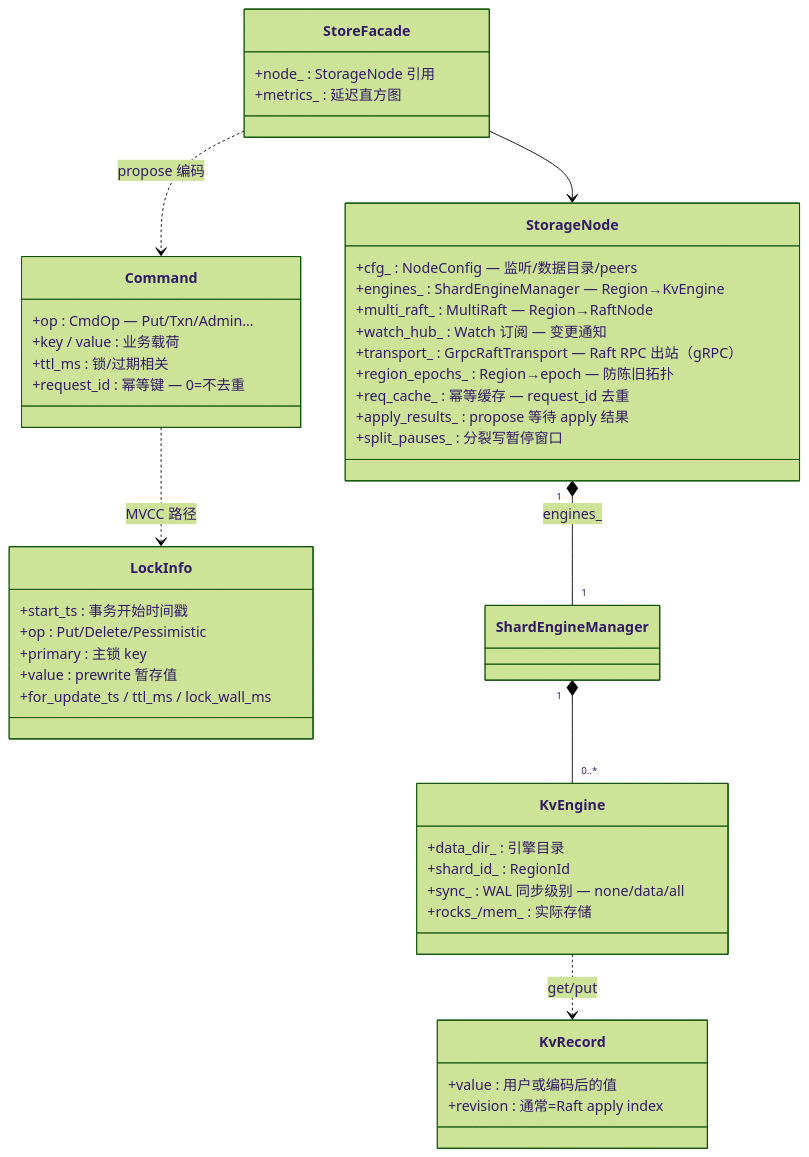
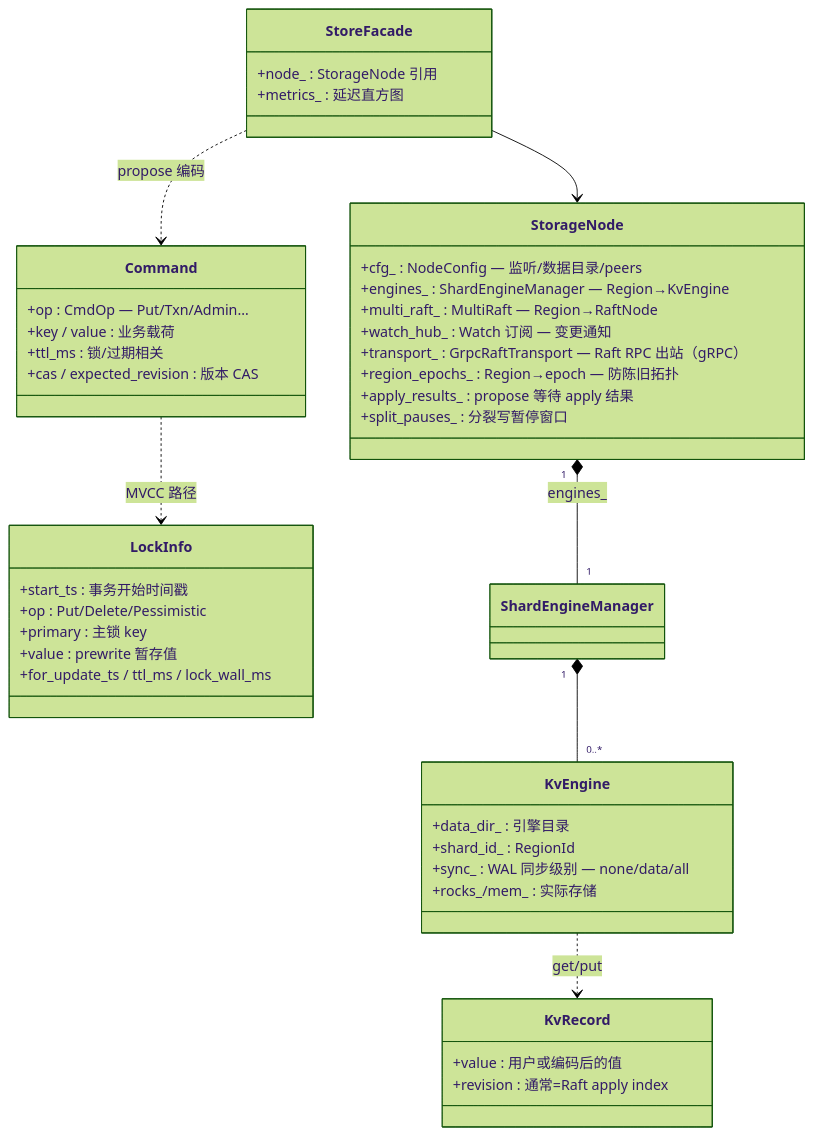
The first of 3 diagrams in docs/topology/STORE_DATA_TOPOLOGY.md (devotionalist/openkv), drawn with Mermaid (forest theme) before and after one commit. The commit also changed other lines of this file and 37 other files, not shown here.

````diff
--- a/docs/topology/STORE_DATA_TOPOLOGY.md
+++ b/docs/topology/STORE_DATA_TOPOLOGY.md
@@ -11,55 +11,54 @@
 ```mermaid
 classDiagram
   direction TB
 
   class StorageNode {
     +cfg_ : NodeConfig — 监听/数据目录/peers
     +engines_ : ShardEngineManager — Region→KvEngine
     +multi_raft_ : MultiRaft — Region→RaftNode
     +watch_hub_ : Watch 订阅 — 变更通知
     +transport_ : GrpcRaftTransport — Raft RPC 出站（gRPC）
     +region_epochs_ : Region→epoch — 防陈旧拓扑
-    +req_cache_ : 幂等缓存 — request_id 去重
     +apply_results_ : propose 等待 apply 结果
     +split_pauses_ : 分裂写暂停窗口
   }
 
   class KvEngine {
     +data_dir_ : 引擎目录
     +shard_id_ : RegionId
     +sync_ : WAL 同步级别 — none/data/all
     +rocks_/mem_ : 实际存储
   }
 
   class KvRecord {
     +value : 用户或编码后的值
     +revision : 通常=Raft apply index
   }
 
   class Command {
     +op : CmdOp — Put/Txn/Admin…
     +key / value : 业务载荷
     +ttl_ms : 锁/过期相关
-    +request_id : 幂等键 — 0=不去重
+    +cas / expected_revision : 版本 CAS
   }
 
   class LockInfo {
     +start_ts : 事务开始时间戳
     +op : Put/Delete/Pessimistic
     +primary : 主锁 key
     +value : prewrite 暂存值
     +for_update_ts / ttl_ms / lock_wall_ms
   }
 
   class StoreFacade {
     +node_ : StorageNode 引用
     +metrics_ : 延迟直方图
   }
 
   StorageNode "1" *-- "1" ShardEngineManager : engines_
   ShardEngineManager "1" *-- "0..*" KvEngine
   KvEngine ..> KvRecord : get/put
   StoreFacade --> StorageNode
   StoreFacade ..> Command : propose 编码
   Command ..> LockInfo : MVCC 路径
 ```
````
